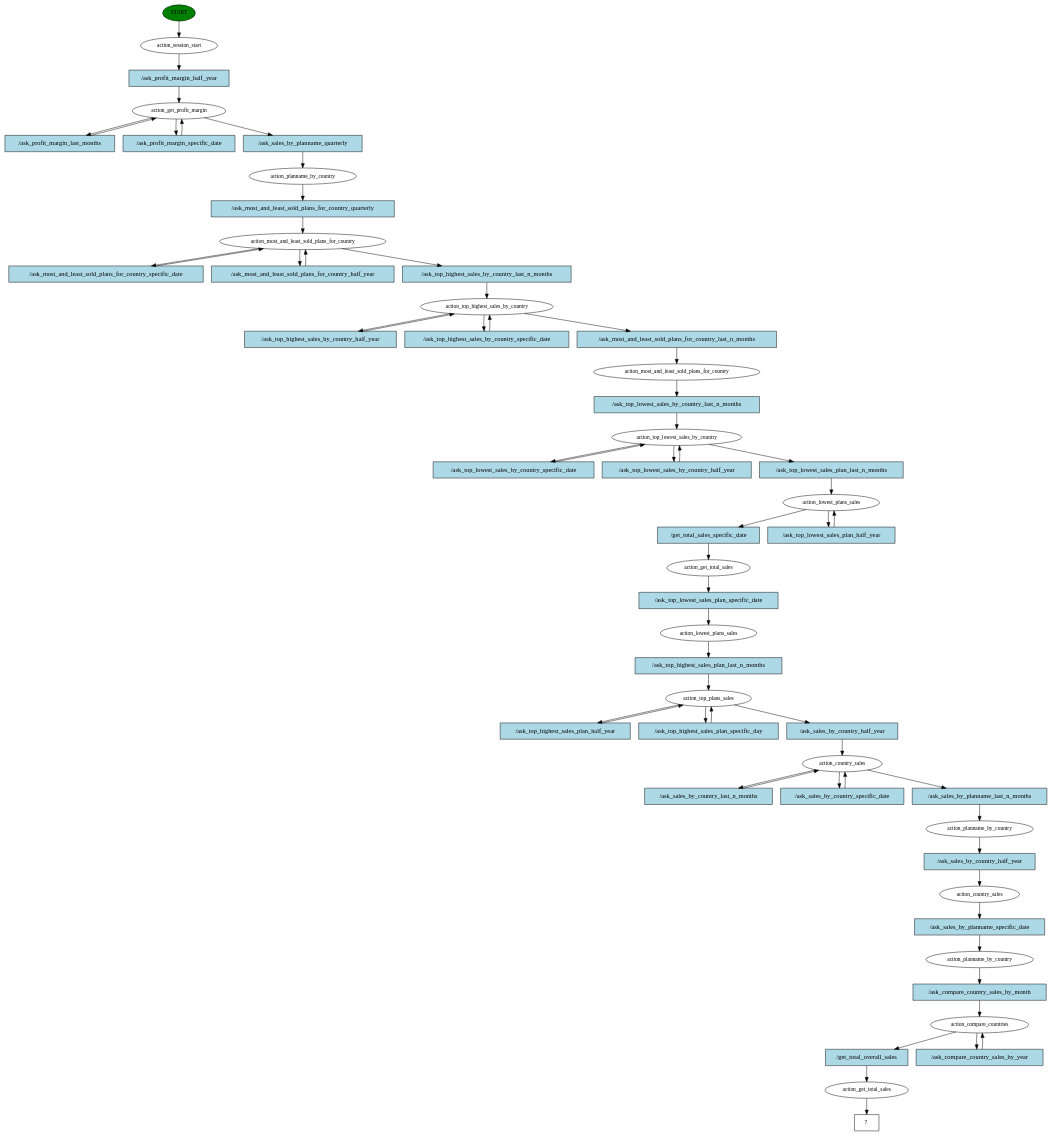
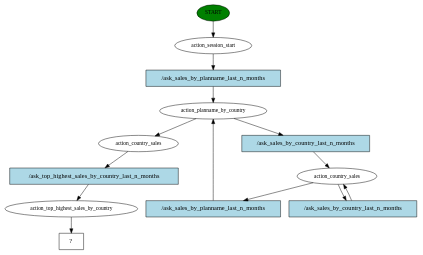
One commit to Mamtasharma8595/RasaBot changed the diagram in story_graph.dot. Above: the diagram before and after it, drawn with Graphviz. The commit also changed 1302 other files, not shown here.

```diff
--- a/story_graph.dot
+++ b/story_graph.dot
@@ -1,113 +1,27 @@
 digraph  {
 0 [class="start active", fillcolor=green, fontsize=12, label=START, style=filled];
 1 [class=active, fontsize=12, label=action_session_start];
-2 [class=active, fontsize=12, label=action_get_profit_margin];
-5 [class=active, fontsize=12, label=action_planname_by_country];
-6 [class=active, fontsize=12, label=action_most_and_least_sold_plans_for_country];
-9 [class=active, fontsize=12, label=action_top_highest_sales_by_country];
-12 [class=active, fontsize=12, label=action_most_and_least_sold_plans_for_country];
-13 [class=active, fontsize=12, label=action_top_lowest_sales_by_country];
-16 [class=active, fontsize=12, label=action_lowest_plans_sales];
-18 [class=active, fontsize=12, label=action_get_total_sales];
-19 [class=active, fontsize=12, label=action_lowest_plans_sales];
-20 [class=active, fontsize=12, label=action_top_plans_sales];
-23 [class=active, fontsize=12, label=action_country_sales];
-26 [class=active, fontsize=12, label=action_planname_by_country];
-27 [class=active, fontsize=12, label=action_country_sales];
-28 [class=active, fontsize=12, label=action_planname_by_country];
-29 [class=active, fontsize=12, label=action_compare_countries];
-31 [class=active, fontsize=12, label=action_get_total_sales];
-32 [class="intent dashed active", label="  ?  ", shape=rect];
-33 [class="intent active", fillcolor=lightblue, label="/ask_profit_margin_half_year", shape=rect, style=filled];
-34 [class="intent active", fillcolor=lightblue, label="/ask_profit_margin_last_months", shape=rect, style=filled];
-35 [class="intent active", fillcolor=lightblue, label="/ask_profit_margin_specific_date", shape=rect, style=filled];
-36 [class="intent active", fillcolor=lightblue, label="/ask_sales_by_planname_quarterly", shape=rect, style=filled];
-37 [class="intent active", fillcolor=lightblue, label="/ask_most_and_least_sold_plans_for_country_quarterly", shape=rect, style=filled];
-38 [class="intent active", fillcolor=lightblue, label="/ask_most_and_least_sold_plans_for_country_specific_date", shape=rect, style=filled];
-39 [class="intent active", fillcolor=lightblue, label="/ask_most_and_least_sold_plans_for_country_half_year", shape=rect, style=filled];
-40 [class="intent active", fillcolor=lightblue, label="/ask_top_highest_sales_by_country_last_n_months", shape=rect, style=filled];
-41 [class="intent active", fillcolor=lightblue, label="/ask_top_highest_sales_by_country_half_year", shape=rect, style=filled];
-42 [class="intent active", fillcolor=lightblue, label="/ask_top_highest_sales_by_country_specific_date", shape=rect, style=filled];
-43 [class="intent active", fillcolor=lightblue, label="/ask_most_and_least_sold_plans_for_country_last_n_months", shape=rect, style=filled];
-44 [class="intent active", fillcolor=lightblue, label="/ask_top_lowest_sales_by_country_last_n_months", shape=rect, style=filled];
-45 [class="intent active", fillcolor=lightblue, label="/ask_top_lowest_sales_by_country_specific_date", shape=rect, style=filled];
-46 [class="intent active", fillcolor=lightblue, label="/ask_top_lowest_sales_by_country_half_year", shape=rect, style=filled];
-47 [class="intent active", fillcolor=lightblue, label="/ask_top_lowest_sales_plan_last_n_months", shape=rect, style=filled];
-48 [class="intent active", fillcolor=lightblue, label="/get_total_sales_specific_date", shape=rect, style=filled];
-49 [class="intent active", fillcolor=lightblue, label="/ask_top_lowest_sales_plan_half_year", shape=rect, style=filled];
-50 [class="intent active", fillcolor=lightblue, label="/ask_top_lowest_sales_plan_specific_date", shape=rect, style=filled];
-51 [class="intent active", fillcolor=lightblue, label="/ask_top_highest_sales_plan_last_n_months", shape=rect, style=filled];
-52 [class="intent active", fillcolor=lightblue, label="/ask_top_highest_sales_plan_half_year", shape=rect, style=filled];
-53 [class="intent active", fillcolor=lightblue, label="/ask_top_highest_sales_plan_specific_day", shape=rect, style=filled];
-54 [class="intent active", fillcolor=lightblue, label="/ask_sales_by_country_half_year", shape=rect, style=filled];
-55 [class="intent active", fillcolor=lightblue, label="/ask_sales_by_country_last_n_months", shape=rect, style=filled];
-56 [class="intent active", fillcolor=lightblue, label="/ask_sales_by_country_specific_date", shape=rect, style=filled];
-57 [class="intent active", fillcolor=lightblue, label="/ask_sales_by_planname_last_n_months", shape=rect, style=filled];
-58 [class="intent active", fillcolor=lightblue, label="/ask_sales_by_country_half_year", shape=rect, style=filled];
-59 [class="intent active", fillcolor=lightblue, label="/ask_sales_by_planname_specific_date", shape=rect, style=filled];
-60 [class="intent active", fillcolor=lightblue, label="/ask_compare_country_sales_by_month", shape=rect, style=filled];
-61 [class="intent active", fillcolor=lightblue, label="/get_total_overall_sales", shape=rect, style=filled];
-62 [class="intent active", fillcolor=lightblue, label="/ask_compare_country_sales_by_year", shape=rect, style=filled];
+2 [class=active, fontsize=12, label=action_planname_by_country];
+3 [class=active, fontsize=12, label=action_country_sales];
+6 [class=active, fontsize=12, label=action_country_sales];
+7 [class=active, fontsize=12, label=action_top_highest_sales_by_country];
+8 [class="intent dashed active", label="  ?  ", shape=rect];
+9 [class="intent active", fillcolor=lightblue, label="/ask_sales_by_planname_last_n_months", shape=rect, style=filled];
+10 [class="intent active", fillcolor=lightblue, label="/ask_sales_by_country_last_n_months", shape=rect, style=filled];
+11 [class="intent active", fillcolor=lightblue, label="/ask_sales_by_planname_last_n_months", shape=rect, style=filled];
+12 [class="intent active", fillcolor=lightblue, label="/ask_sales_by_country_last_n_months", shape=rect, style=filled];
+13 [class="intent active", fillcolor=lightblue, label="/ask_top_highest_sales_by_country_last_n_months", shape=rect, style=filled];
 0 -> 1  [class=active, key=NONE, label=""];
-1 -> 33  [class=active, key=0];
-2 -> 34  [class=active, key=0];
-2 -> 35  [class=active, key=0];
-2 -> 36  [class=active, key=0];
-5 -> 37  [class=active, key=0];
-6 -> 38  [class=active, key=0];
-6 -> 39  [class=active, key=0];
-6 -> 40  [class=active, key=0];
-9 -> 41  [class=active, key=0];
-9 -> 42  [class=active, key=0];
-9 -> 43  [class=active, key=0];
-12 -> 44  [class=active, key=0];
-13 -> 45  [class=active, key=0];
-13 -> 46  [class=active, key=0];
-13 -> 47  [class=active, key=0];
-16 -> 48  [class=active, key=0];
-16 -> 49  [class=active, key=0];
-18 -> 50  [class=active, key=0];
-19 -> 51  [class=active, key=0];
-20 -> 52  [class=active, key=0];
-20 -> 53  [class=active, key=0];
-20 -> 54  [class=active, key=0];
-23 -> 55  [class=active, key=0];
-23 -> 56  [class=active, key=0];
-23 -> 57  [class=active, key=0];
-26 -> 58  [class=active, key=0];
-27 -> 59  [class=active, key=0];
-28 -> 60  [class=active, key=0];
-29 -> 61  [class=active, key=0];
-29 -> 62  [class=active, key=0];
-31 -> 32  [class=active, key=NONE, label=""];
-33 -> 2  [class=active, key=0];
-34 -> 2  [class=active, key=0];
-35 -> 2  [class=active, key=0];
-36 -> 5  [class=active, key=0];
-37 -> 6  [class=active, key=0];
-38 -> 6  [class=active, key=0];
-39 -> 6  [class=active, key=0];
-40 -> 9  [class=active, key=0];
-41 -> 9  [class=active, key=0];
-42 -> 9  [class=active, key=0];
-43 -> 12  [class=active, key=0];
-44 -> 13  [class=active, key=0];
-45 -> 13  [class=active, key=0];
-46 -> 13  [class=active, key=0];
-47 -> 16  [class=active, key=0];
-48 -> 18  [class=active, key=0];
-49 -> 16  [class=active, key=0];
-50 -> 19  [class=active, key=0];
-51 -> 20  [class=active, key=0];
-52 -> 20  [class=active, key=0];
-53 -> 20  [class=active, key=0];
-54 -> 23  [class=active, key=0];
-55 -> 23  [class=active, key=0];
-56 -> 23  [class=active, key=0];
-57 -> 26  [class=active, key=0];
-58 -> 27  [class=active, key=0];
-59 -> 28  [class=active, key=0];
-60 -> 29  [class=active, key=0];
-61 -> 31  [class=active, key=0];
-62 -> 29  [class=active, key=0];
+1 -> 9  [class=active, key=0];
+2 -> 6  [class=active, key=NONE, label=""];
+2 -> 10  [class=active, key=0];
+3 -> 11  [class=active, key=0];
+3 -> 12  [class=active, key=0];
+6 -> 13  [class=active, key=0];
+7 -> 8  [class=active, key=NONE, label=""];
+9 -> 2  [class=active, key=0];
+10 -> 3  [class=active, key=0];
+11 -> 2  [class=active, key=0];
+12 -> 3  [class=active, key=0];
+13 -> 7  [class=active, key=0];
 }
```
